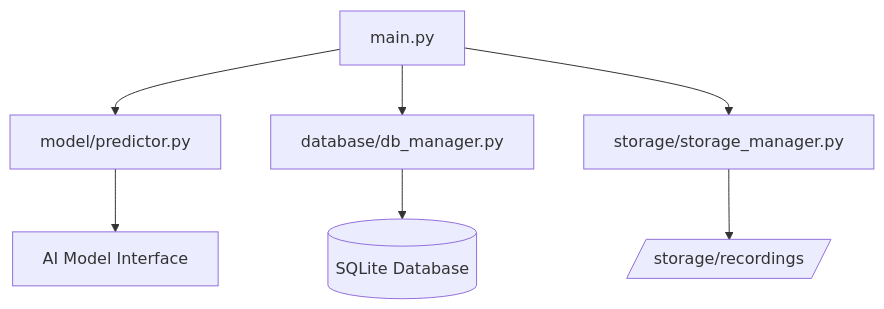
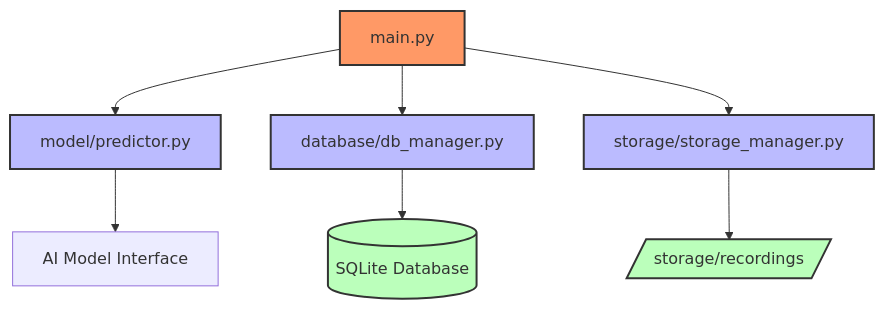
One commit to SkippyHub/lingograde changed the first of 2 diagrams in README.md. Above: the diagram before and after it, drawn with Mermaid. The commit also changed other lines of this file and 3 other files, not shown here.

First line of the commit message:
Enhance Makefile and README with data flow sequence

````diff
--- a/README.md
+++ b/README.md
@@ -7,12 +7,16 @@
 ```mermaid
 graph TD
 A[main.py] --> B[model/predictor.py]
 A --> C[database/db_manager.py]
 A --> D[storage/storage_manager.py]
 B --> E[AI Model Interface]
 C --> F[(SQLite Database)]
 D --> G[/storage/recordings/]
 classDef main fill:#f96,stroke:#333,stroke-width:2px;
 classDef component fill:#bbf,stroke:#333,stroke-width:2px;
 classDef storage fill:#bfb,stroke:#333,stroke-width:2px;
+
+class A main;
+class B,C,D component;
+class F,G storage;
 ```
````
